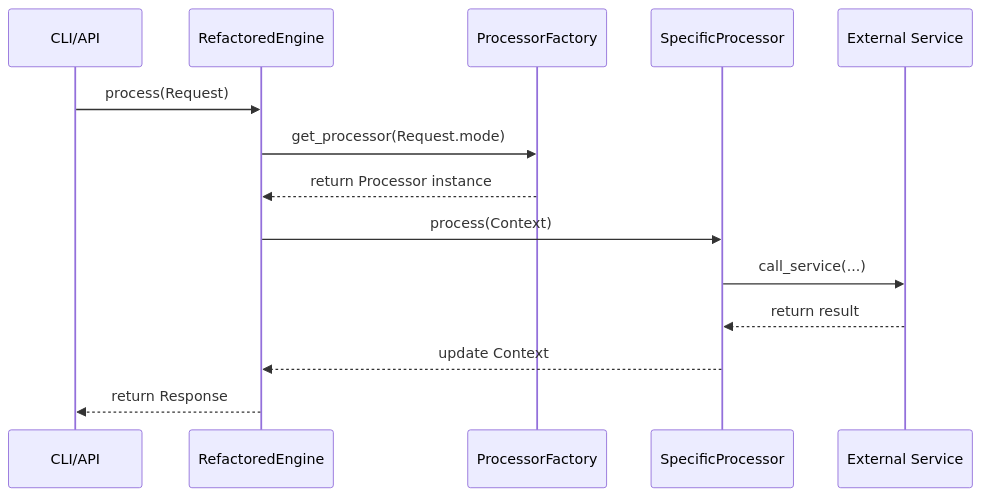
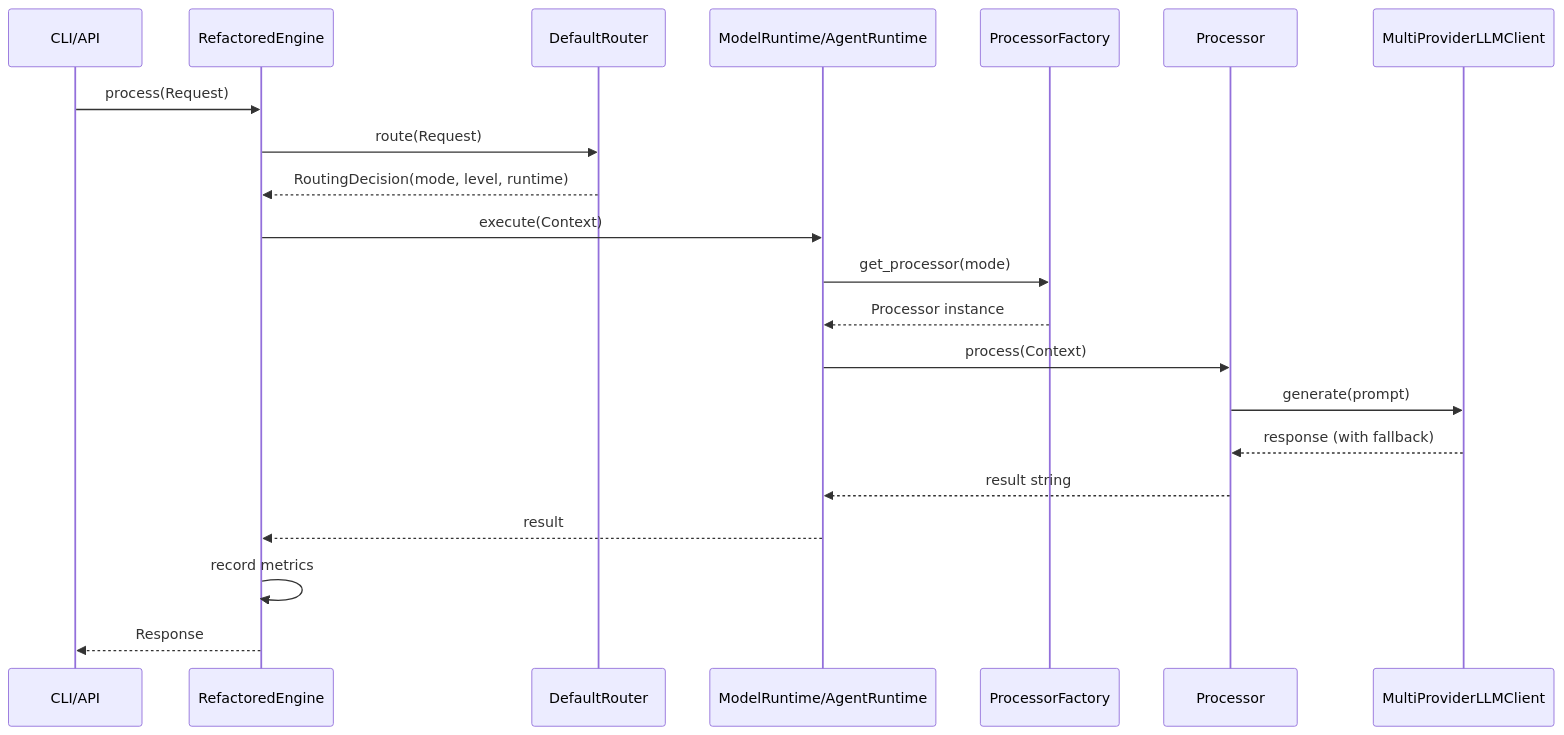
The fifth of 6 diagrams in Architecture_Refactoring_Toolkit/project_docs/06_architecture_and_design_document.md (Zenobia000/openagent_backend), drawn with Mermaid before and after one commit. The commit also changed other lines of this file and 108 other files, not shown here.

````diff
--- a/Architecture_Refactoring_Toolkit/project_docs/06_architecture_and_design_document.md
+++ b/Architecture_Refactoring_Toolkit/project_docs/06_architecture_and_design_document.md
@@ -243,17 +328,24 @@
-    ```mermaid
-    sequenceDiagram
-        participant Client as CLI/API
-        participant Engine as RefactoredEngine
-        participant Factory as ProcessorFactory
-        participant Proc as SpecificProcessor
-        participant Svc as External Service
+  ```mermaid
+  sequenceDiagram
+      participant Client as CLI/API
+      participant Engine as RefactoredEngine
+      participant Router as DefaultRouter
+      participant Runtime as ModelRuntime/AgentRuntime
+      participant Factory as ProcessorFactory
+      participant Proc as Processor
+      participant LLM as MultiProviderLLMClient
 
-        Client->>Engine: process(Request)
-        Engine->>Factory: get_processor(Request.mode)
-        Factory-->>Engine: return Processor instance
-        Engine->>Proc: process(Context)
-        Proc->>Svc: call_service(...)
-        Svc-->>Proc: return result
-        Proc-->>Engine: update Context
-        Engine-->>Client: return Response
-    ```
+      Client->>Engine: process(Request)
+      Engine->>Router: route(Request)
+      Router-->>Engine: RoutingDecision(mode, level, runtime)
+      Engine->>Runtime: execute(Context)
+      Runtime->>Factory: get_processor(mode)
+      Factory-->>Runtime: Processor instance
+      Runtime->>Proc: process(Context)
+      Proc->>LLM: generate(prompt)
+      LLM-->>Proc: response (with fallback)
+      Proc-->>Runtime: result string
+      Runtime-->>Engine: result
+      Engine->>Engine: record metrics
+      Engine-->>Client: Response
+  ```
````
